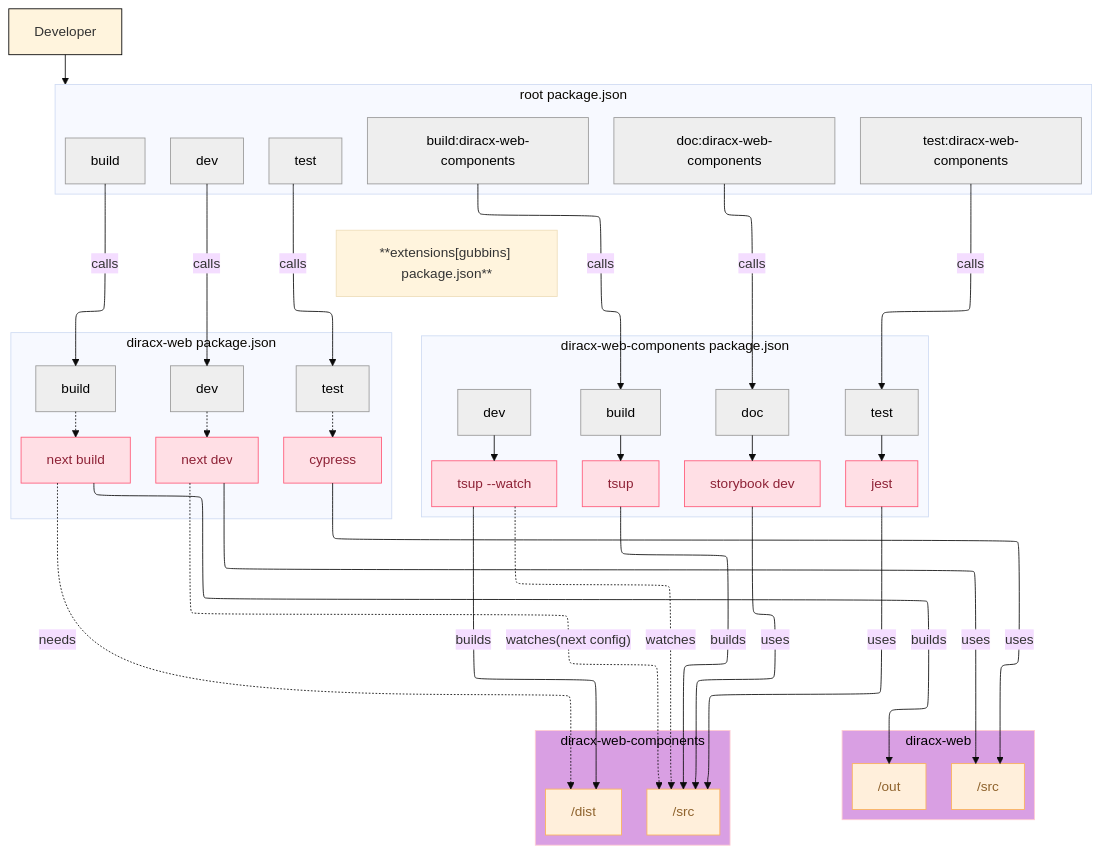
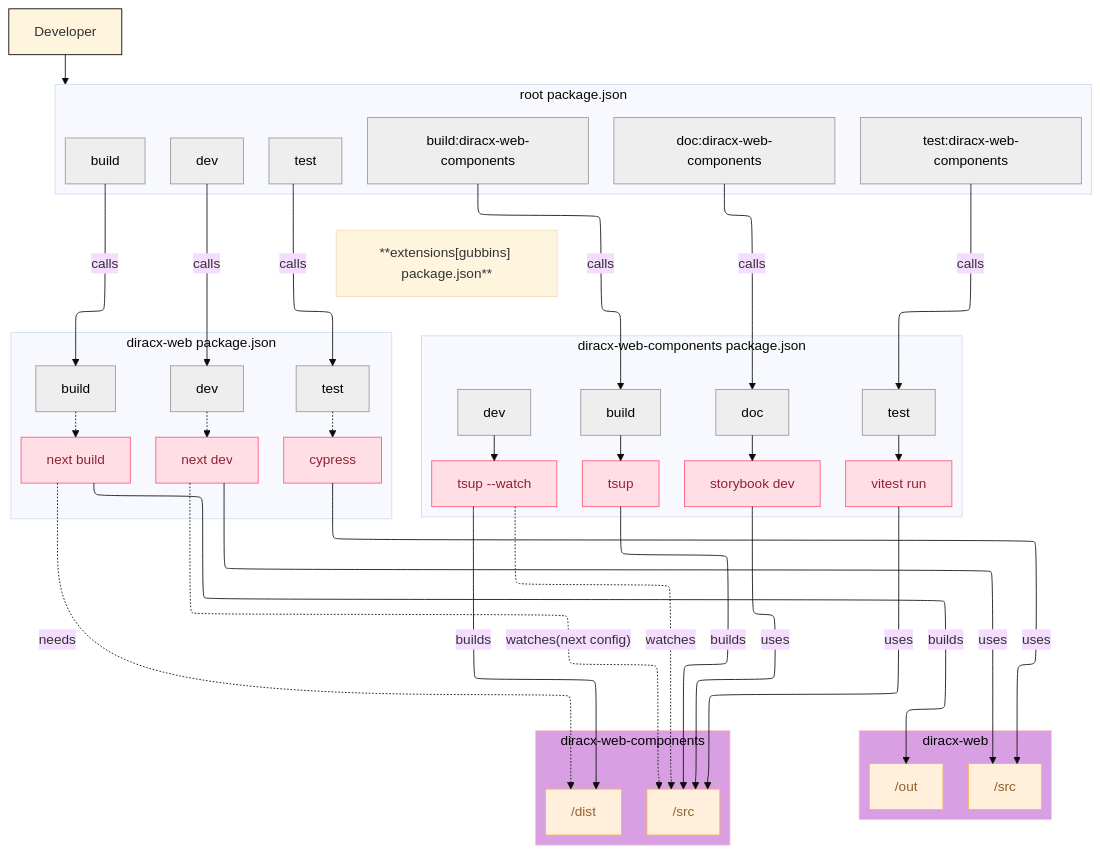
Before and after one commit to DIRACGrid/diracx-web: the diagram in docs/dev/how-to/setup-web-environment.md, drawn with Mermaid (base theme). The commit also changed other lines of this file and 28 other files, not shown here.

First line of the commit message:
test(diracx-web-components): migrate test suite from Jest to Vitest (#512)

```diff
--- a/docs/dev/how-to/setup-web-environment.md
+++ b/docs/dev/how-to/setup-web-environment.md
@@ -17,7 +17,7 @@
  subgraph lib-cmds["diracx-web-components package.json"]
         tsup:watch["tsup --watch"]
         lib:dev["dev"]
-        jest["jest"]
+        vitest["vitest run"]
         lib:test["test"]
         tsup:build["tsup"]
         lib:build["build"]
@@ -41,7 +41,7 @@
         lib-out["/dist"]
   end
     lib:dev --> tsup:watch
-    lib:test --> jest
+    lib:test --> vitest
     lib:build --> tsup:build
     lib:storybook --> storybook
     diracx-web:dev -.-> nextdev
@@ -62,7 +62,7 @@
     next -. needs .-> lib-out
     tsup:watch -- builds --> lib-out
     tsup:watch -. watches .-> lib-src
-    jest -- uses --> lib-src
+    vitest -- uses --> lib-src
     tsup:build -- builds --> lib-src
     storybook -- uses --> lib-src
      root:dev:::Ash
@@ -73,7 +73,7 @@
      root:doc:lib:::Ash
      tsup:watch:::Rose
      lib:dev:::Ash
-     jest:::Rose
+     vitest:::Rose
      lib:test:::Ash
      tsup:build:::Rose
      lib:build:::Ash
```
